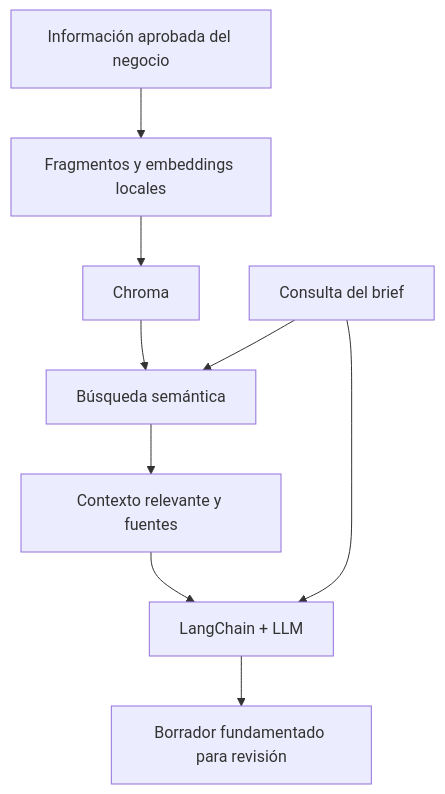
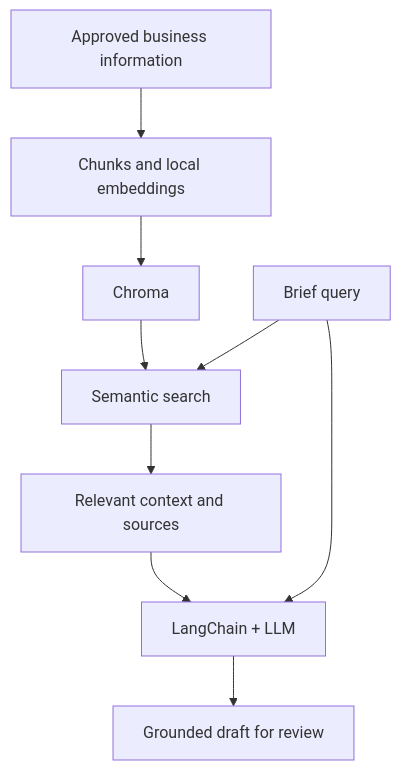
Before and after one commit to gabrielagranja/generador-contenido-llms: the second of 2 diagrams in README.md, drawn with Mermaid. The commit also changed other lines of this file, not shown here.

````diff
--- a/README.md
+++ b/README.md
@@ -64,11 +81,11 @@
 ```mermaid
 flowchart TD
-    B["Información aprobada del negocio"] --> E["Fragmentos y embeddings locales"]
+    B["Approved business information"] --> E["Chunks and local embeddings"]
     E --> C["Chroma"]
-    Q["Consulta del brief"] --> S["Búsqueda semántica"]
+    Q["Brief query"] --> S["Semantic search"]
     C --> S
-    S --> K["Contexto relevante y fuentes"]
+    S --> K["Relevant context and sources"]
     K --> L["LangChain + LLM"]
     Q --> L
-    L --> D["Borrador fundamentado para revisión"]
+    L --> D["Grounded draft for review"]
 ```
````
